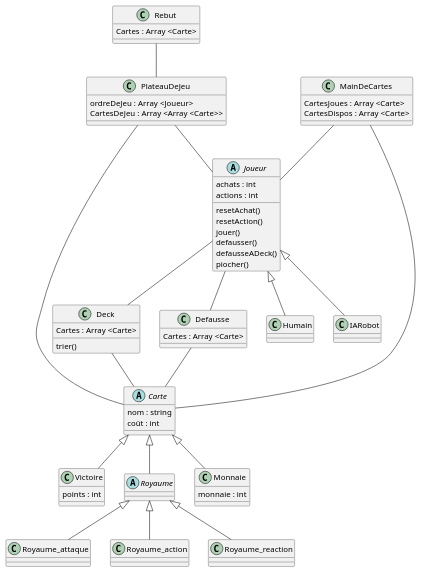
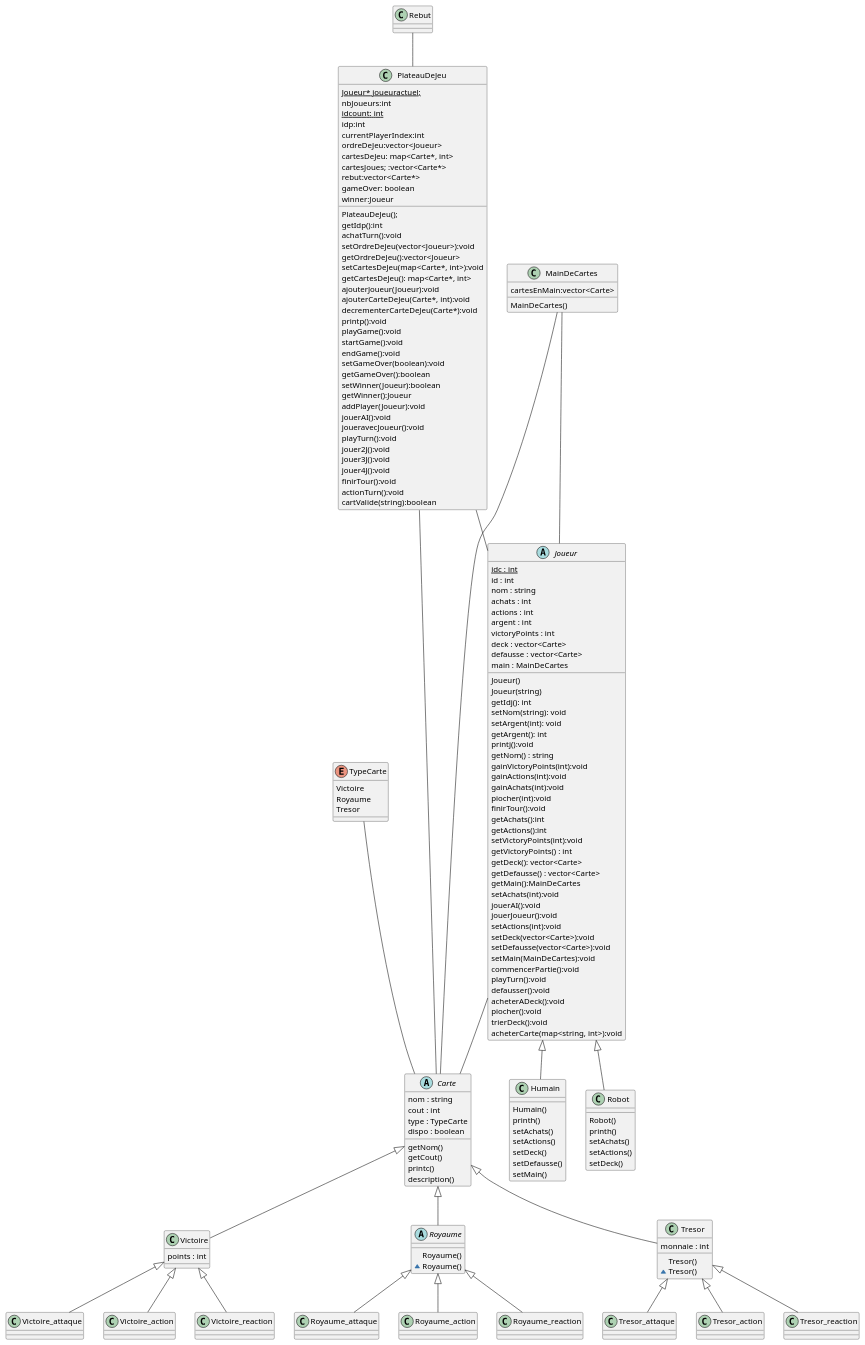
Before and after one commit to Abdoul-Adjit/DominionProject: the diagram in umlfinal.plantuml, drawn with PlantUML.

Commit message:
UML-actuel

```diff
--- a/umlfinal.plantuml
+++ b/umlfinal.plantuml
@@ -1,67 +1,174 @@
-@startuml
+@startuml projectDominion
 abstract class Carte {
 nom : string
-coût : int
+cout : int
+type : TypeCarte
+dispo : boolean
+getNom()
+getCout() 
+printc()
+description()
+}
+enum TypeCarte{
+Victoire
+Royaume
+Tresor
 }
 class Victoire extends Carte{
 points : int
 }
-abstract class Royaume extends Carte{}
-class Monnaie extends Carte{
+abstract class Royaume extends Carte{
+Royaume()
+~Royaume()
+}
+
+class Tresor extends Carte{
 monnaie : int
+Tresor()
+~Tresor()
 }
 
 class Royaume_attaque extends Royaume{}
 class Royaume_action extends Royaume{}
 class Royaume_reaction extends Royaume{}
 
+class Victoire_attaque extends Victoire{}
+class Victoire_action extends Victoire{}
+class Victoire_reaction extends Victoire{}
+class Tresor_attaque extends Tresor{}
+class Tresor_action extends Tresor{}
+class Tresor_reaction extends Tresor{}
 
-class Deck{
-Cartes : Array <Carte>
-trier()
+
+
+
+class PlateauDeJeu {
+{static} Joueur* joueuractuel;
+nbJoueurs:int
+idcount: {static} int
+idp:int
+currentPlayerIndex:int 
+ordreDeJeu:vector<Joueur>
+cartesDeJeu: map<Carte*, int>
+cartesJoues; :vector<Carte*> 
+rebut:vector<Carte*>  
+gameOver: boolean
+winner:Joueur  
+PlateauDeJeu();
+        getIdp():int 
+         achatTurn():void
+         setOrdreDeJeu(vector<Joueur>):void
+        getOrdreDeJeu():vector<Joueur> 
+         setCartesDeJeu(map<Carte*, int>):void
+        getCartesDeJeu(): map<Carte*, int> 
+         ajouterJoueur(Joueur):void
+         ajouterCarteDeJeu(Carte*, int):void
+         decrementerCarteDeJeu(Carte*):void
+         printp():void
+         playGame():void 
+         startGame():void
+         endGame():void   
+         setGameOver(boolean):void
+         getGameOver():boolean
+         setWinner(Joueur):boolean
+         getWinner():Joueur
+         addPlayer(Joueur):void
+         jouerAI():void
+         joueravecJoueur():void
+         playTurn():void
+         jouer2J():void
+         jouer3J():void
+         jouer4J():void
+         finirTour():void
+         actionTurn():void
+         cartValide(string):boolean
 }
-class Defausse{
 
-Cartes : Array <Carte>
+class MainDeCartes{
+    cartesEnMain:vector<Carte> 
+    MainDeCartes()
 }
-class PlateauDeJeu {
-ordreDeJeu : Array <Joueur>
-CartesDeJeu : Array <Array <Carte>>
-}
-class Rebut{
 
-Cartes : Array <Carte>
-}
-class MainDeCartes{
-
-CartesJoues : Array <Carte>
-CartesDispos : Array <Carte>
+abstract class Joueur{
+idc : {static} int
+id : int
+nom : string
+achats : int
+actions : int
+argent : int
+victoryPoints : int
+deck : vector<Carte>
+defausse : vector<Carte>
+main : MainDeCartes
+Joueur()
+Joueur(string)
+getIdj(): int
+setNom(string): void
+setArgent(int): void
+getArgent(): int
+printj():void
+getNom() : string
+gainVictoryPoints(int):void
+gainActions(int):void        
+gainAchats(int):void       
+piocher(int):void          
+finirTour():void
+getAchats():int
+getActions():int
+setVictoryPoints(int):void
+getVictoryPoints() : int
+getDeck(): vector<Carte>
+getDefausse() : vector<Carte>
+getMain():MainDeCartes
+setAchats(int):void
+jouerAI():void
+jouerJoueur():void
+setActions(int):void
+setDeck(vector<Carte>):void
+setDefausse(vector<Carte>):void
+setMain(MainDeCartes):void
+commencerPartie():void
+playTurn():void                  
+defausser():void
+acheterADeck():void
+piocher():void                   
+trierDeck():void
+acheterCarte(map<string, int>):void
 
 }
 
-abstract class Joueur{
-achats : int
-actions : int
-resetAchat()
-resetAction()
-jouer()
-defausser()
-defausseADeck()
-piocher()
+class Robot{
+Robot()
+printh()
+setAchats()
+setActions()
+setDeck()
 
 }
-class Humain extends Joueur{}
-class IARobot extends Joueur{}
+
+
+
+
+class Humain extends Joueur{
+    Humain()
+    printh()
+    setAchats()
+    setActions()
+    setDeck()
+    setDefausse()
+    setMain()
+}
+class Robot extends Joueur{}
 
 
 
 MainDeCartes -- Carte
 MainDeCartes -- Joueur
-Defausse -- Carte
 Rebut -- PlateauDeJeu
 PlateauDeJeu -- Joueur
 PlateauDeJeu -- Carte
-Joueur -- Defausse
-Joueur -- Deck
-Deck -- Carte
+TypeCarte--Carte
+Joueur--Carte
+
+
 @enduml
```
